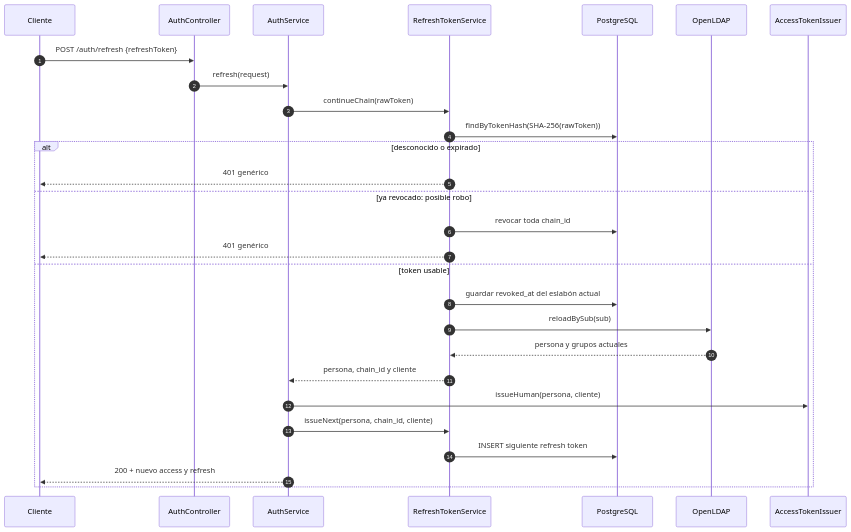
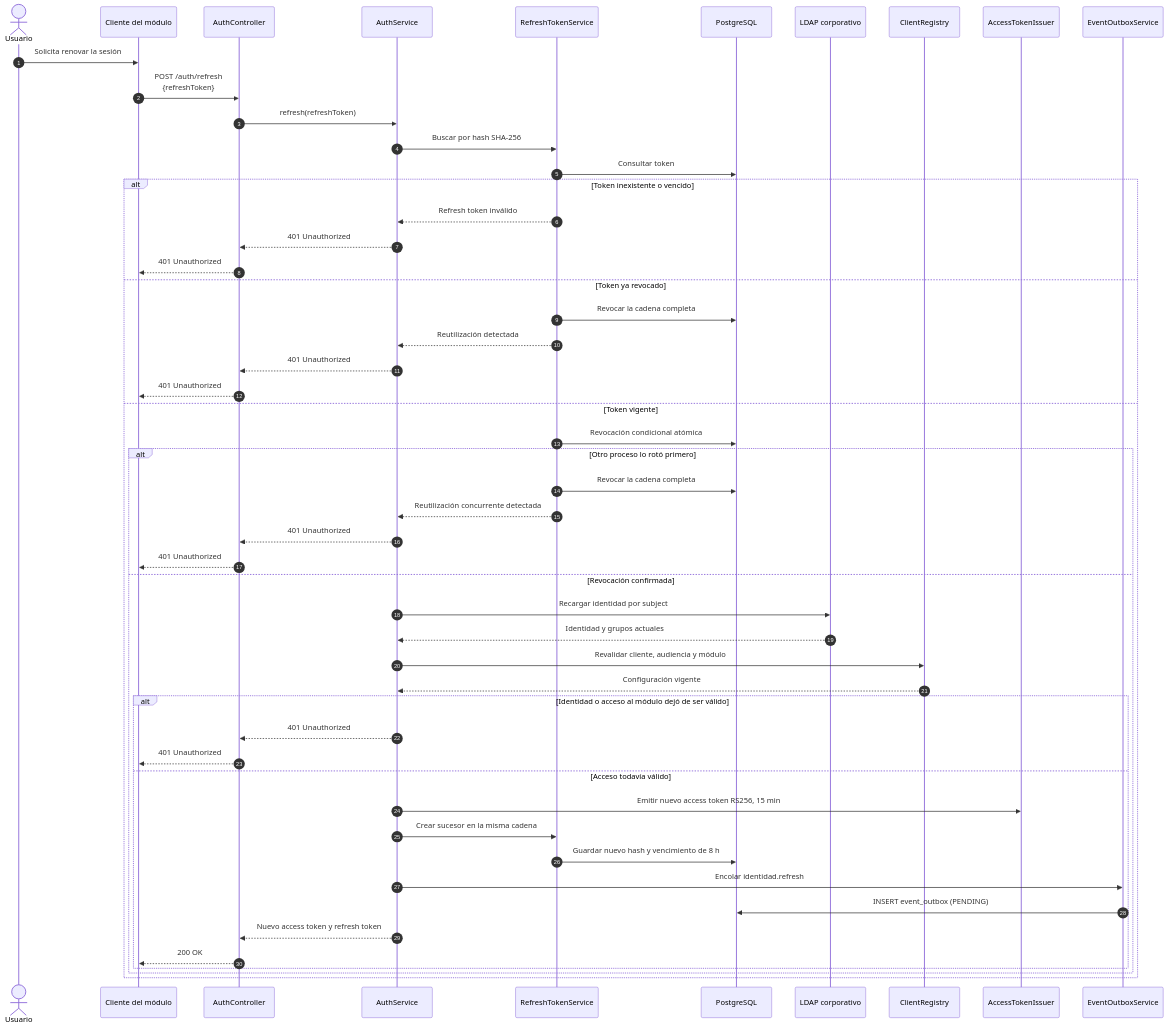
Before and after one commit to CityPass-Login-Federado/CityPass_Login_Backend: the diagram in login-federado/docs/diagrams/05-sequence-refresh.md, drawn with Mermaid. The commit also changed other lines of this file and 50 other files, not shown here.

Commit message:
Actualización de Documentación Técnica y Diagramas UML Finales

````diff
--- a/login-federado/docs/diagrams/05-sequence-refresh.md
+++ b/login-federado/docs/diagrams/05-sequence-refresh.md
@@ -3,32 +8,55 @@
 ```mermaid
 sequenceDiagram
     autonumber
-    participant C as Cliente
+    actor U as Usuario
+    participant C as Cliente del módulo
     participant AC as AuthController
     participant AS as AuthService
-    participant RTS as RefreshTokenService
+    participant RT as RefreshTokenService
     participant DB as PostgreSQL
-    participant LDAP as OpenLDAP
+    participant LDAP as LDAP corporativo
+    participant CR as ClientRegistry
     participant JWT as AccessTokenIssuer
+    participant OB as EventOutboxService
 
-    C->>AC: POST /auth/refresh {refreshToken}
-    AC->>AS: refresh(request)
-    AS->>RTS: continueChain(rawToken)
-    RTS->>DB: findByTokenHash(SHA-256(rawToken))
-
-    alt desconocido o expirado
-        RTS-->>C: 401 genérico
-    else ya revocado: posible robo
-        RTS->>DB: revocar toda chain_id
-        RTS-->>C: 401 genérico
-    else token usable
-        RTS->>DB: guardar revoked_at del eslabón actual
-        RTS->>LDAP: reloadBySub(sub)
-        LDAP-->>RTS: persona y grupos actuales
-        RTS-->>AS: persona, chain_id y cliente
-        AS->>JWT: issueHuman(persona, cliente)
-        AS->>RTS: issueNext(persona, chain_id, cliente)
-        RTS->>DB: INSERT siguiente refresh token
-        AS-->>C: 200 + nuevo access y refresh
+    U->>C: Solicita renovar la sesión
+    C->>AC: POST /auth/refresh<br/>{refreshToken}
+    AC->>AS: refresh(refreshToken)
+    AS->>RT: Buscar por hash SHA-256
+    RT->>DB: Consultar token
+    alt Token inexistente o vencido
+        RT-->>AS: Refresh token inválido
+        AS-->>AC: 401 Unauthorized
+        AC-->>C: 401 Unauthorized
+    else Token ya revocado
+        RT->>DB: Revocar la cadena completa
+        RT-->>AS: Reutilización detectada
+        AS-->>AC: 401 Unauthorized
+        AC-->>C: 401 Unauthorized
+    else Token vigente
+        RT->>DB: Revocación condicional atómica
+        alt Otro proceso lo rotó primero
+            RT->>DB: Revocar la cadena completa
+            RT-->>AS: Reutilización concurrente detectada
+            AS-->>AC: 401 Unauthorized
+            AC-->>C: 401 Unauthorized
+        else Revocación confirmada
+            AS->>LDAP: Recargar identidad por subject
+            LDAP-->>AS: Identidad y grupos actuales
+            AS->>CR: Revalidar cliente, audiencia y módulo
+            CR-->>AS: Configuración vigente
+            alt Identidad o acceso al módulo dejó de ser válido
+                AS-->>AC: 401 Unauthorized
+                AC-->>C: 401 Unauthorized
+            else Acceso todavía válido
+                AS->>JWT: Emitir nuevo access token RS256, 15 min
+                AS->>RT: Crear sucesor en la misma cadena
+                RT->>DB: Guardar nuevo hash y vencimiento de 8 h
+                AS->>OB: Encolar identidad.refresh
+                OB->>DB: INSERT event_outbox (PENDING)
+                AS-->>AC: Nuevo access token y refresh token
+                AC-->>C: 200 OK
+            end
+        end
     end
 ```
````
